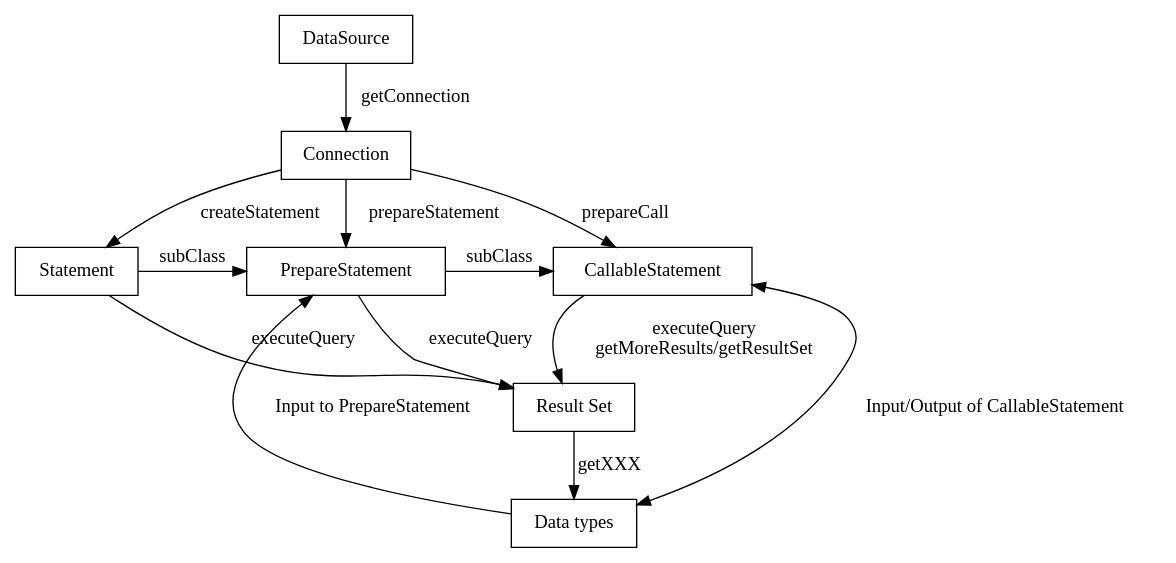
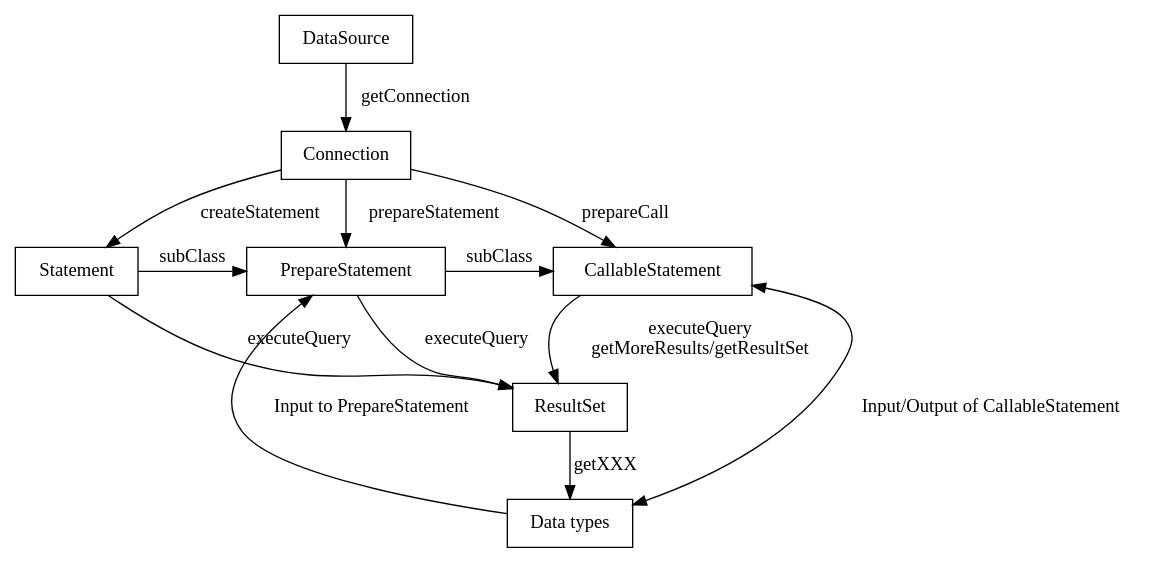
Before and after one commit to Robinpig/Note: the diagram in docs/CS/Java/JDK/Basic/JDBC.md, drawn with Graphviz. The commit also changed 16 other files, not shown here.

Commit message:
MyBatis graph

````diff
--- a/docs/CS/Java/JDK/Basic/JDBC.md
+++ b/docs/CS/Java/JDK/Basic/JDBC.md
@@ -3,26 +3,26 @@
 ```dot
 strict digraph {
 
     source [shape="polygon" label="DataSource"]
     conn [shape="polygon" label="Connection"]
     source -> conn [label="getConnection"]
     st [shape="polygon" label="Statement"]
     pr [shape="polygon" label="PrepareStatement"]
     ca [shape="polygon" label="CallableStatement"]
     {rank="same"; st;pr;ca;}
     data [shape="polygon" label="Data types"]
-    re [shape="polygon" label="Result Set"]
+    re [shape="polygon" label="ResultSet"]
     re -> data [label="getXXX"]
     st -> pr [label="subClass"]
     pr -> ca [label="subClass"]
     conn -> st [label="createStatement"]
     conn -> pr [label="prepareStatement"]
     conn -> ca [label="prepareCall"]
     data -> pr [label="Input to PrepareStatement"]
     data -> ca [label="Input/Output of CallableStatement" dir = both]
     st -> re [label="executeQuery"]
     pr -> re [label="executeQuery"]
     
     ca -> re [label="executeQuery \n getMoreResults/getResultSet"]
 }
 ```
````
